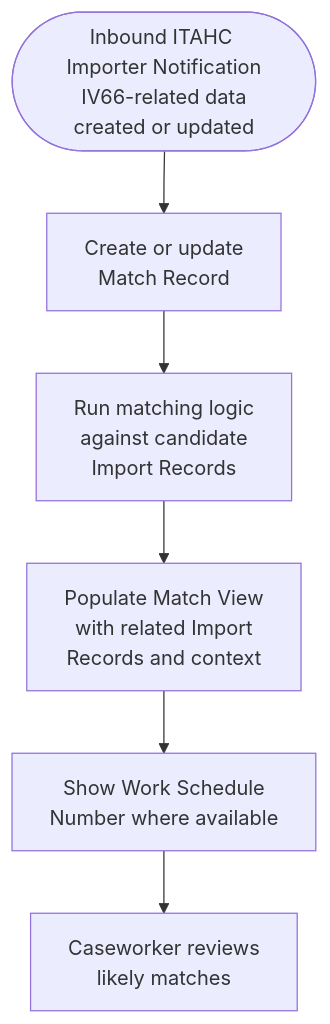
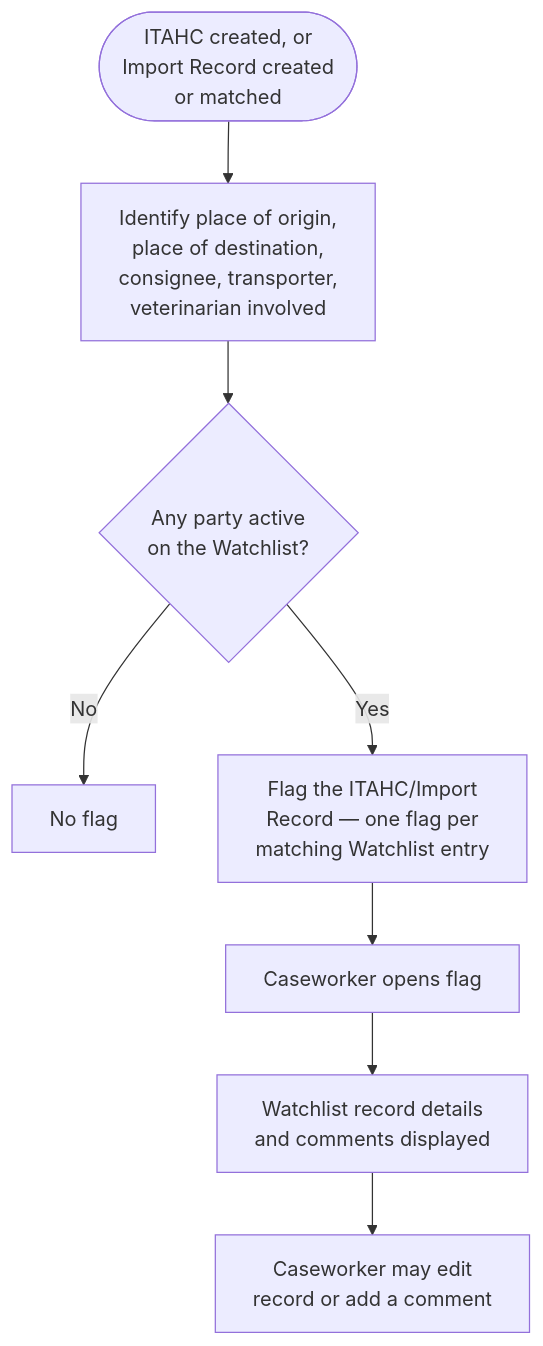
The fourth of 7 diagrams in docs/requirements/diagrams/process-flows.md (DEFRA/trade-imports-pims), drawn with Mermaid before and after one commit. The commit also changed other lines of this file and 39 other files, not shown here.

````diff
--- a/docs/requirements/diagrams/process-flows.md
+++ b/docs/requirements/diagrams/process-flows.md
@@ -53,8 +82,10 @@
 ```mermaid
 flowchart TD
-    A([Inbound ITAHC <br/> Importer Notification <br/> IV66-related data created or updated]) --> B[Create or update <br/> Match Record]
-    B --> C[Run matching logic <br/> against candidate <br/> Import Records]
-    C --> D[Populate Match View <br/> with related Import <br/> Records and context]
-    D --> E[Show Work Schedule <br/> Number where available]
-    E --> F[Caseworker reviews <br/> likely matches]
+    A([ITAHC created, or <br/> Import Record created <br/> or matched]) --> B[Identify place of origin, <br/> place of destination, <br/> consignee, transporter, <br/> veterinarian involved]
+    B --> C{Any party active <br/> on the Watchlist?}
+    C -->|No| D[No flag]
+    C -->|Yes| E[Flag the ITAHC/Import <br/> Record — one flag per <br/> matching Watchlist entry]
+    E --> F[Caseworker opens flag]
+    F --> G[Watchlist record details <br/> and comments displayed]
+    G --> H[Caseworker may edit <br/> record or add a comment]
 ```
````
